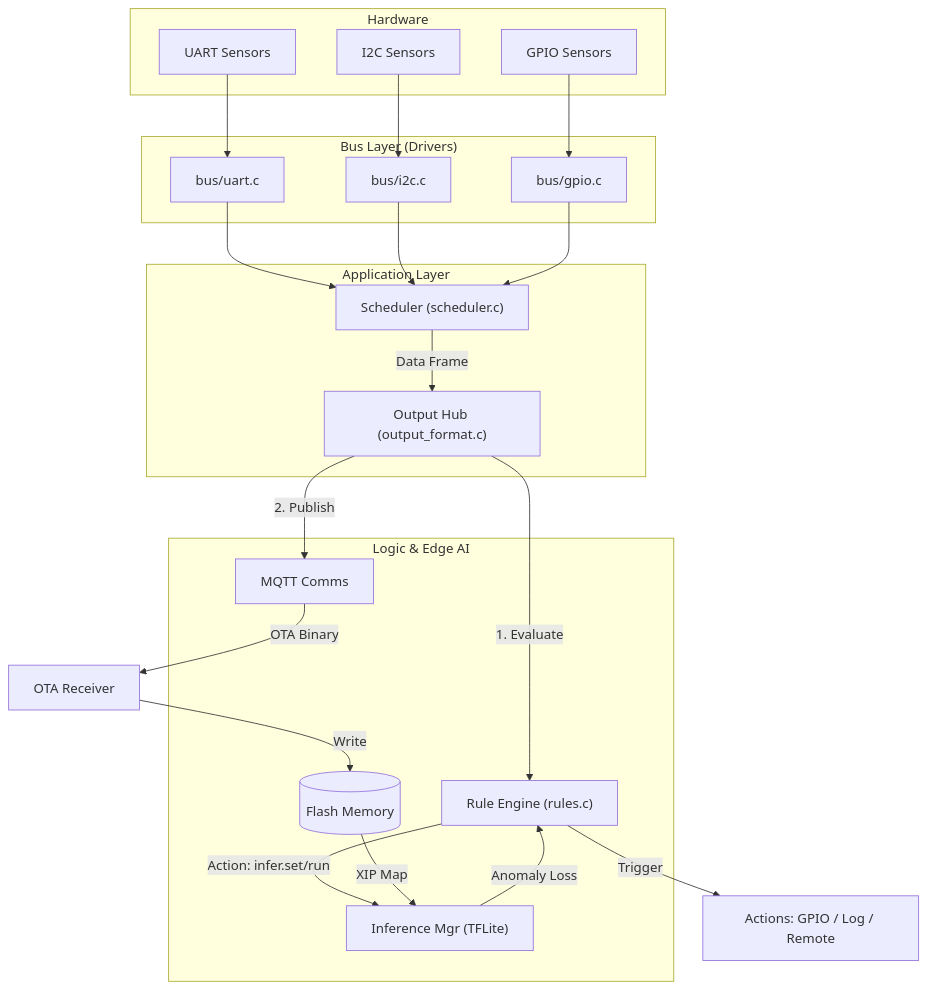
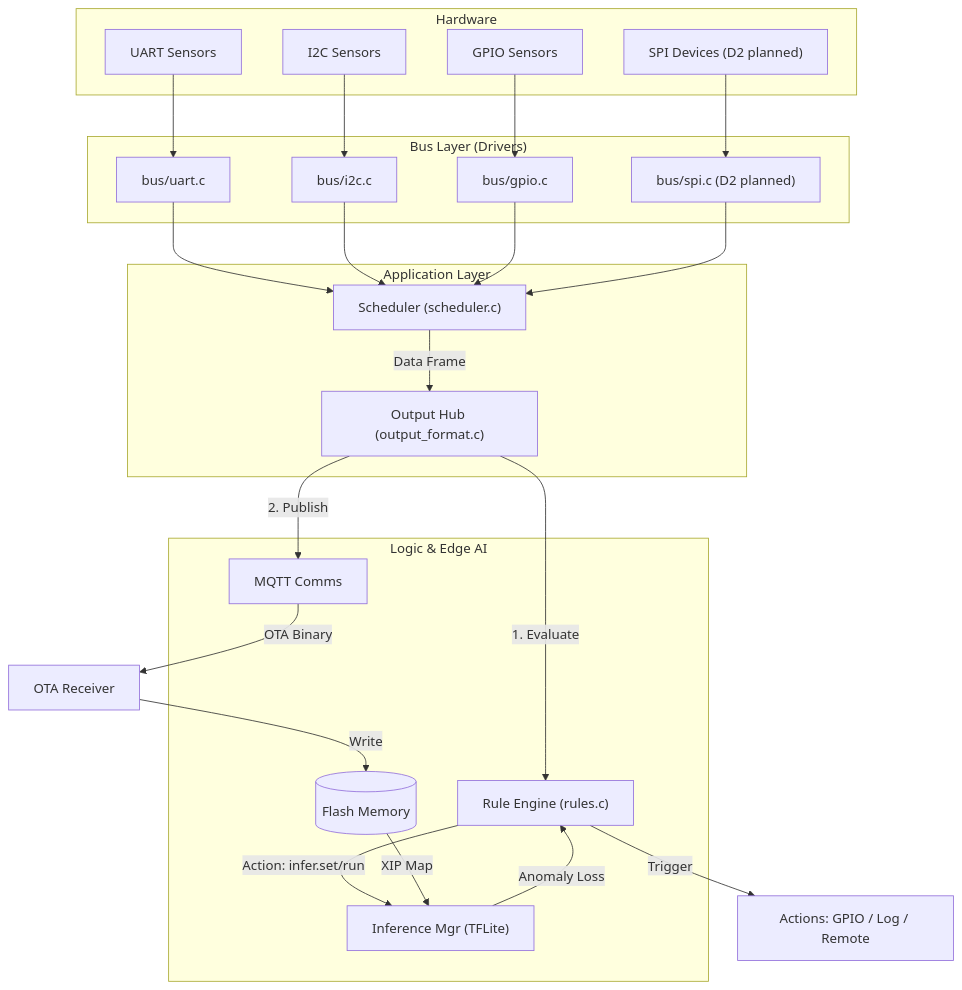
Before and after one commit to busyclasher/ESP_P2_AAI15_Code: the first of 3 diagrams in project_v3/README.md, drawn with Mermaid. The commit also changed other lines of this file and 14 other files, not shown here.

````diff
--- a/project_v3/README.md
+++ b/project_v3/README.md
@@ -12,49 +14,53 @@
 ```mermaid
 graph TD
     subgraph Hardware
         S_UART[UART Sensors]
         S_I2C[I2C Sensors]
         S_GPIO[GPIO Sensors]
+        S_SPI["SPI Devices (D2 planned)"]
     end
 
     subgraph "Bus Layer (Drivers)"
         Bus_UART["bus/uart.c"]
         Bus_I2C["bus/i2c.c"]
         Bus_GPIO["bus/gpio.c"]
+        Bus_SPI["bus/spi.c (D2 planned)"]
     end
 
     subgraph "Application Layer"
         Sched["Scheduler (scheduler.c)"]
         Output["Output Hub (output_format.c)"]
     end
 
     subgraph "Logic & Edge AI"
         Rules["Rule Engine (rules.c)"]
         Inference["Inference Mgr (TFLite)"]
         Flash[(Flash Memory)]
         MQTT[MQTT Comms]
     end
 
     %% Connections
     S_UART --> Bus_UART
     S_I2C --> Bus_I2C
     S_GPIO --> Bus_GPIO
+    S_SPI --> Bus_SPI
 
     Bus_UART --> Sched
     Bus_I2C --> Sched
     Bus_GPIO --> Sched
+    Bus_SPI --> Sched
 
     Sched -->|Data Frame| Output
 
     Output -->|1. Evaluate| Rules
     Output -->|2. Publish| MQTT
 
     Rules -->|Action: infer.set/run| Inference
     Inference -->|Anomaly Loss| Rules
     
     MQTT -->|OTA Binary| OTA[OTA Receiver]
     OTA -->|Write| Flash
     Flash -->|XIP Map| Inference
 
     Rules -->|Trigger| Actions["Actions: GPIO / Log / Remote"]
 ```
````
